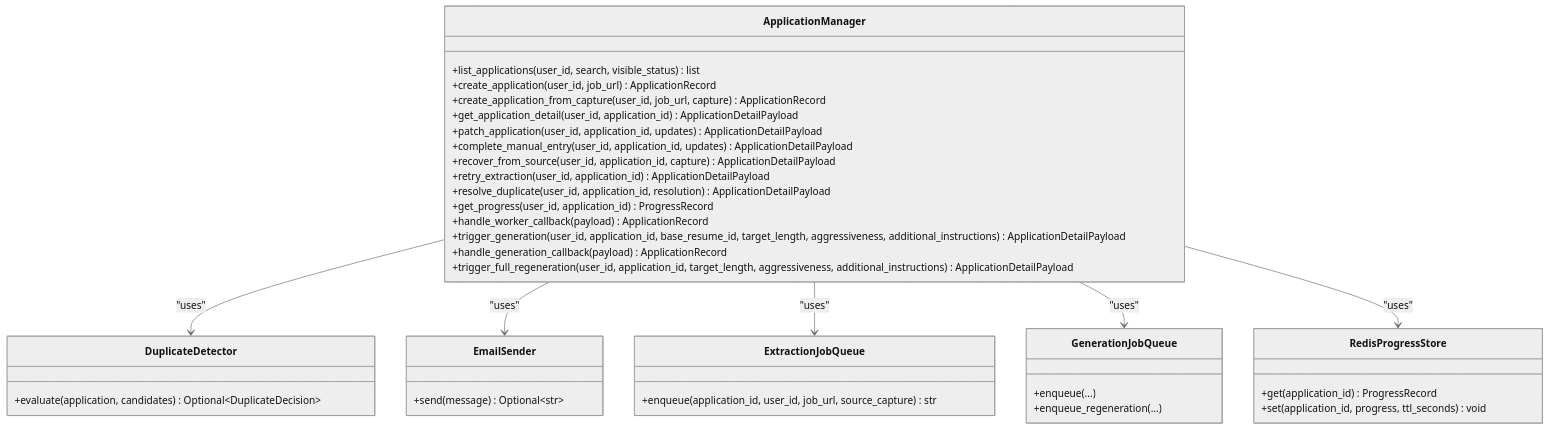
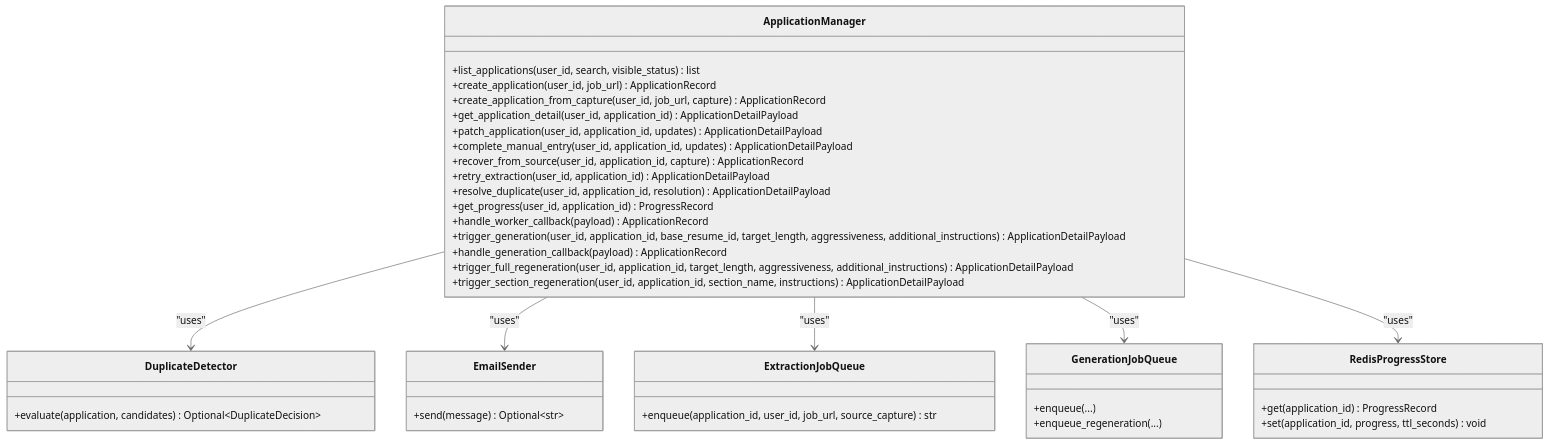
The third of 16 diagrams in .qoder/repowiki/en/content/Backend API/Service Layer/Service Layer.md (sankaL/resume-app), drawn with Mermaid (neutral theme) before and after one commit. The commit also changed other lines of this file and 19 other files, not shown here.

````diff
--- a/.qoder/repowiki/en/content/Backend API/Service Layer/Service Layer.md
+++ b/.qoder/repowiki/en/content/Backend API/Service Layer/Service Layer.md
@@ -189,41 +258,42 @@
 ```mermaid
 classDiagram
 class ApplicationManager {
 +list_applications(user_id, search, visible_status) list
 +create_application(user_id, job_url) ApplicationRecord
 +create_application_from_capture(user_id, job_url, capture) ApplicationRecord
 +get_application_detail(user_id, application_id) ApplicationDetailPayload
 +patch_application(user_id, application_id, updates) ApplicationDetailPayload
 +complete_manual_entry(user_id, application_id, updates) ApplicationDetailPayload
-+recover_from_source(user_id, application_id, capture) ApplicationDetailPayload
++recover_from_source(user_id, application_id, capture) ApplicationRecord
 +retry_extraction(user_id, application_id) ApplicationDetailPayload
 +resolve_duplicate(user_id, application_id, resolution) ApplicationDetailPayload
 +get_progress(user_id, application_id) ProgressRecord
 +handle_worker_callback(payload) ApplicationRecord
 +trigger_generation(user_id, application_id, base_resume_id, target_length, aggressiveness, additional_instructions) ApplicationDetailPayload
 +handle_generation_callback(payload) ApplicationRecord
 +trigger_full_regeneration(user_id, application_id, target_length, aggressiveness, additional_instructions) ApplicationDetailPayload
++trigger_section_regeneration(user_id, application_id, section_name, instructions) ApplicationDetailPayload
 }
 class DuplicateDetector {
 +evaluate(application, candidates) Optional~DuplicateDecision~
 }
 class EmailSender {
 +send(message) Optional~str~
 }
 class ExtractionJobQueue {
 +enqueue(application_id, user_id, job_url, source_capture) str
 }
 class GenerationJobQueue {
 +enqueue(...)
 +enqueue_regeneration(...)
 }
 class RedisProgressStore {
 +get(application_id) ProgressRecord
 +set(application_id, progress, ttl_seconds) void
 }
 ApplicationManager --> DuplicateDetector : "uses"
 ApplicationManager --> EmailSender : "uses"
 ApplicationManager --> ExtractionJobQueue : "uses"
 ApplicationManager --> GenerationJobQueue : "uses"
 ApplicationManager --> RedisProgressStore : "uses"
 ```
````
